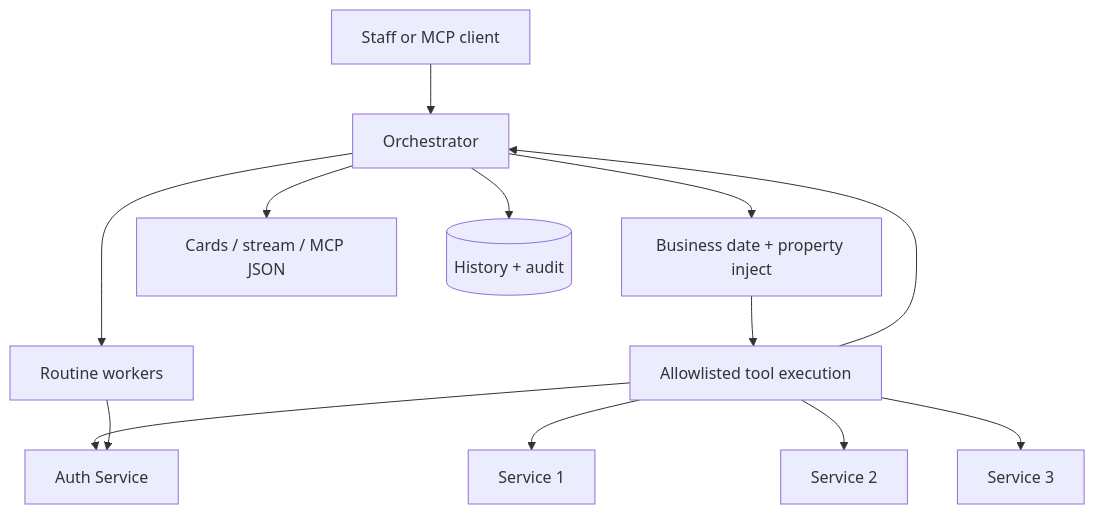
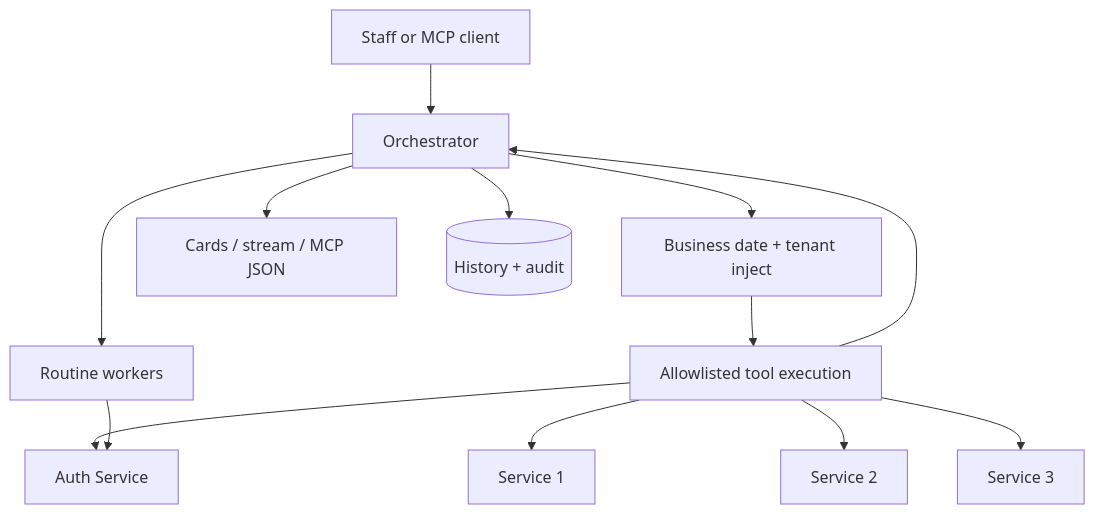
One commit to sahsisunny/Personal-Portfolio changed the diagram in content/projects/ai-chatbot-agent.mdx. Above: the diagram before and after it, drawn with Mermaid. The commit also changed other lines of this file and 7 other files, not shown here.

````diff
--- a/content/projects/ai-chatbot-agent.mdx
+++ b/content/projects/ai-chatbot-agent.mdx
@@ -167,15 +172,15 @@
 ```mermaid
 flowchart TB
   Q[Staff or MCP client] --> O[Orchestrator]
-  O --> BD[Business date + property inject]
+  O --> BD[Business date + tenant inject]
   BD --> T[Allowlisted tool execution]
   T --> A[Auth Service]
   T --> S1[Service 1]
   T --> S2[Service 2]
   T --> S3[Service 3]
   T --> O
   O --> Out[Cards / stream / MCP JSON]
   O --> DB[(History + audit)]
   O --> RT[Routine workers]
   RT --> A
 ```
````
